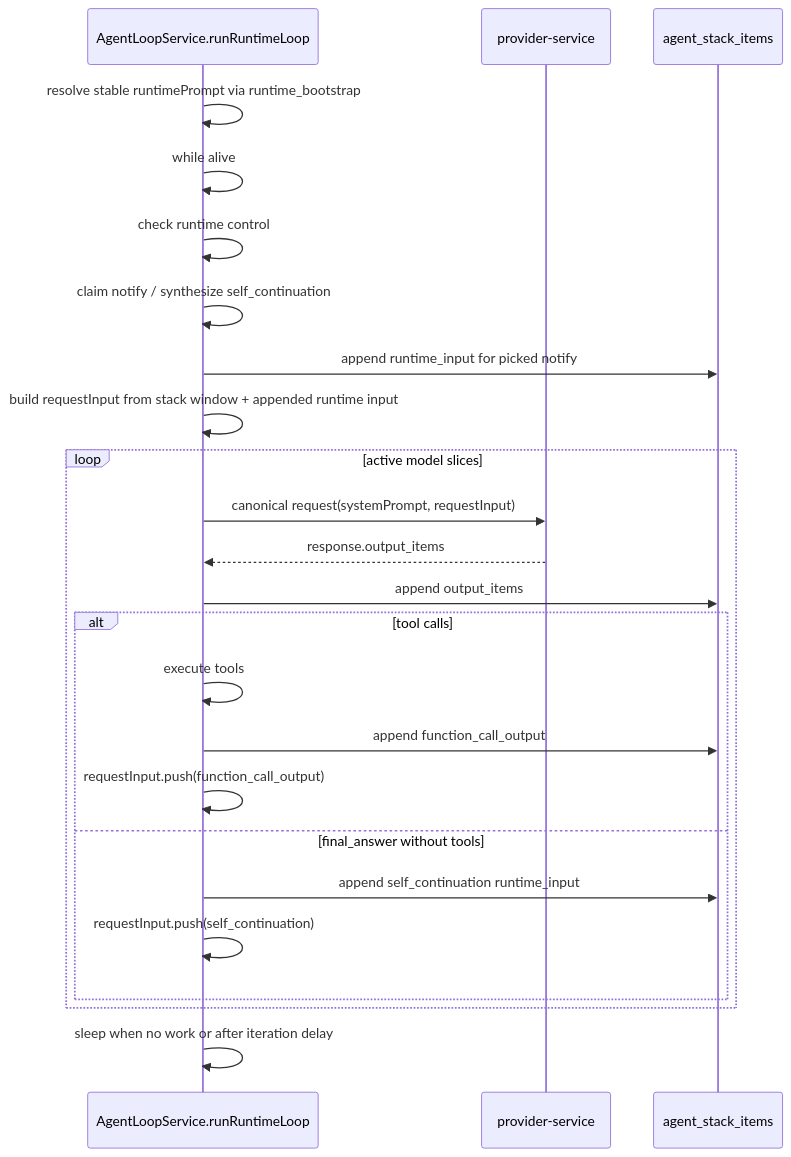
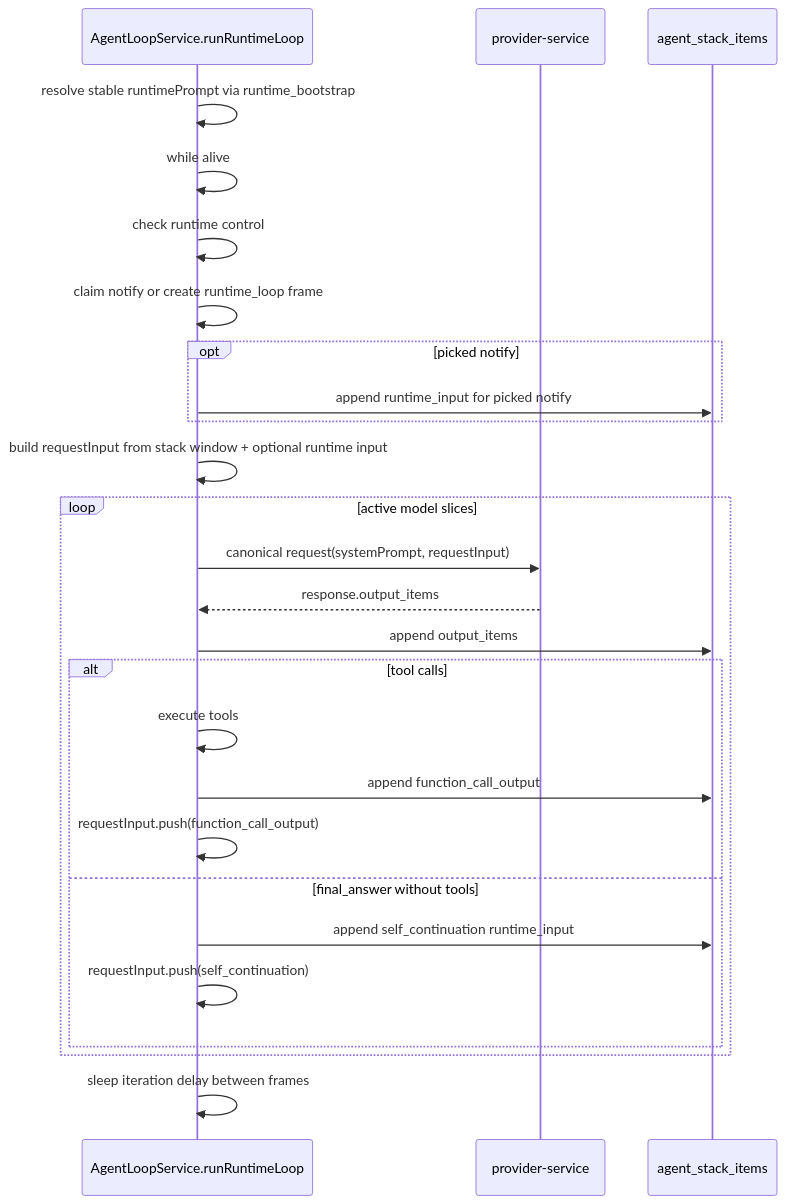
One commit to Hei-AI/xiaoni_cc changed the diagram in docs/XIAONI_NOTIFY_RUNTIME_ARCHITECTURE.md. Above: the diagram before and after it, drawn with Mermaid. The commit also changed other lines of this file and 11 other files, not shown here.

````diff
--- a/docs/XIAONI_NOTIFY_RUNTIME_ARCHITECTURE.md
+++ b/docs/XIAONI_NOTIFY_RUNTIME_ARCHITECTURE.md
@@ -48,27 +48,29 @@
 ```mermaid
 sequenceDiagram
   participant L as AgentLoopService.runRuntimeLoop
   participant P as provider-service
   participant S as agent_stack_items
 
   L->>L: resolve stable runtimePrompt via runtime_bootstrap
   L->>L: while alive
   L->>L: check runtime control
-  L->>L: claim notify / synthesize self_continuation
-  L->>S: append runtime_input for picked notify
-  L->>L: build requestInput from stack window + appended runtime input
+  L->>L: claim notify or create runtime_loop frame
+  opt picked notify
+    L->>S: append runtime_input for picked notify
+  end
+  L->>L: build requestInput from stack window + optional runtime input
   loop active model slices
     L->>P: canonical request(systemPrompt, requestInput)
     P-->>L: response.output_items
     L->>S: append output_items
     alt tool calls
       L->>L: execute tools
       L->>S: append function_call_output
       L->>L: requestInput.push(function_call_output)
     else final_answer without tools
       L->>S: append self_continuation runtime_input
       L->>L: requestInput.push(self_continuation)
     end
   end
-  L->>L: sleep when no work or after iteration delay
+  L->>L: sleep iteration delay between frames
 ```
````
